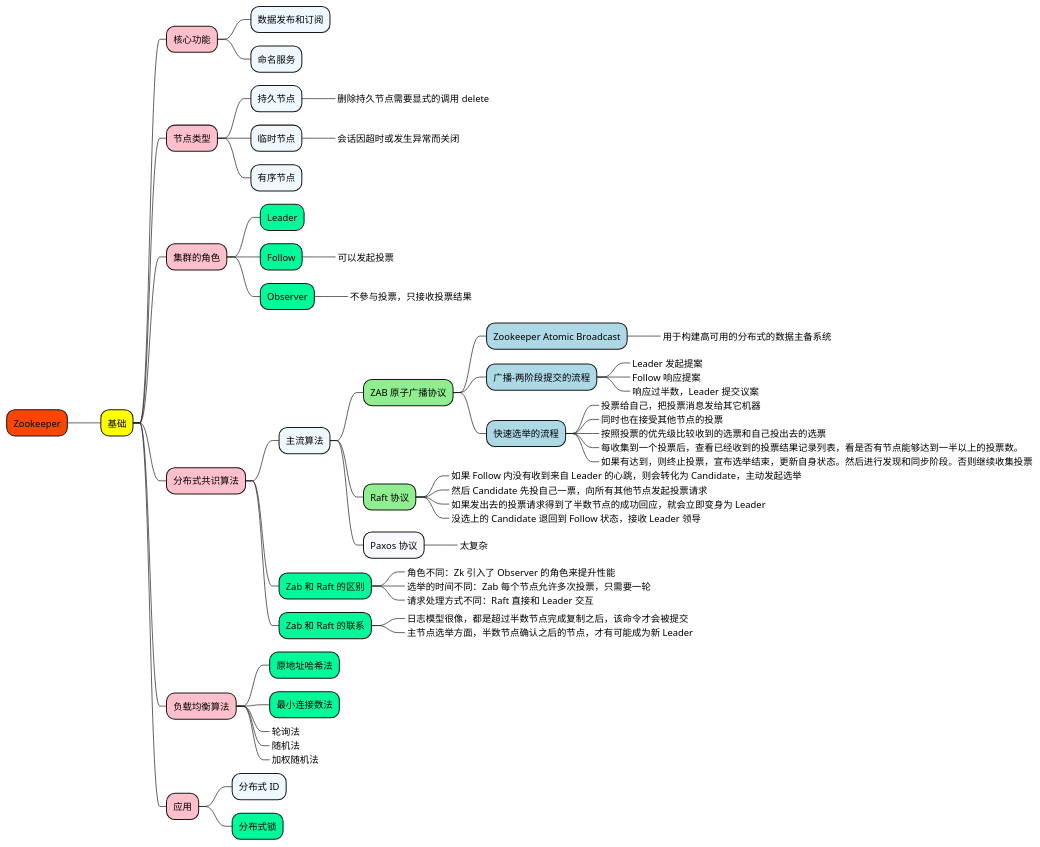
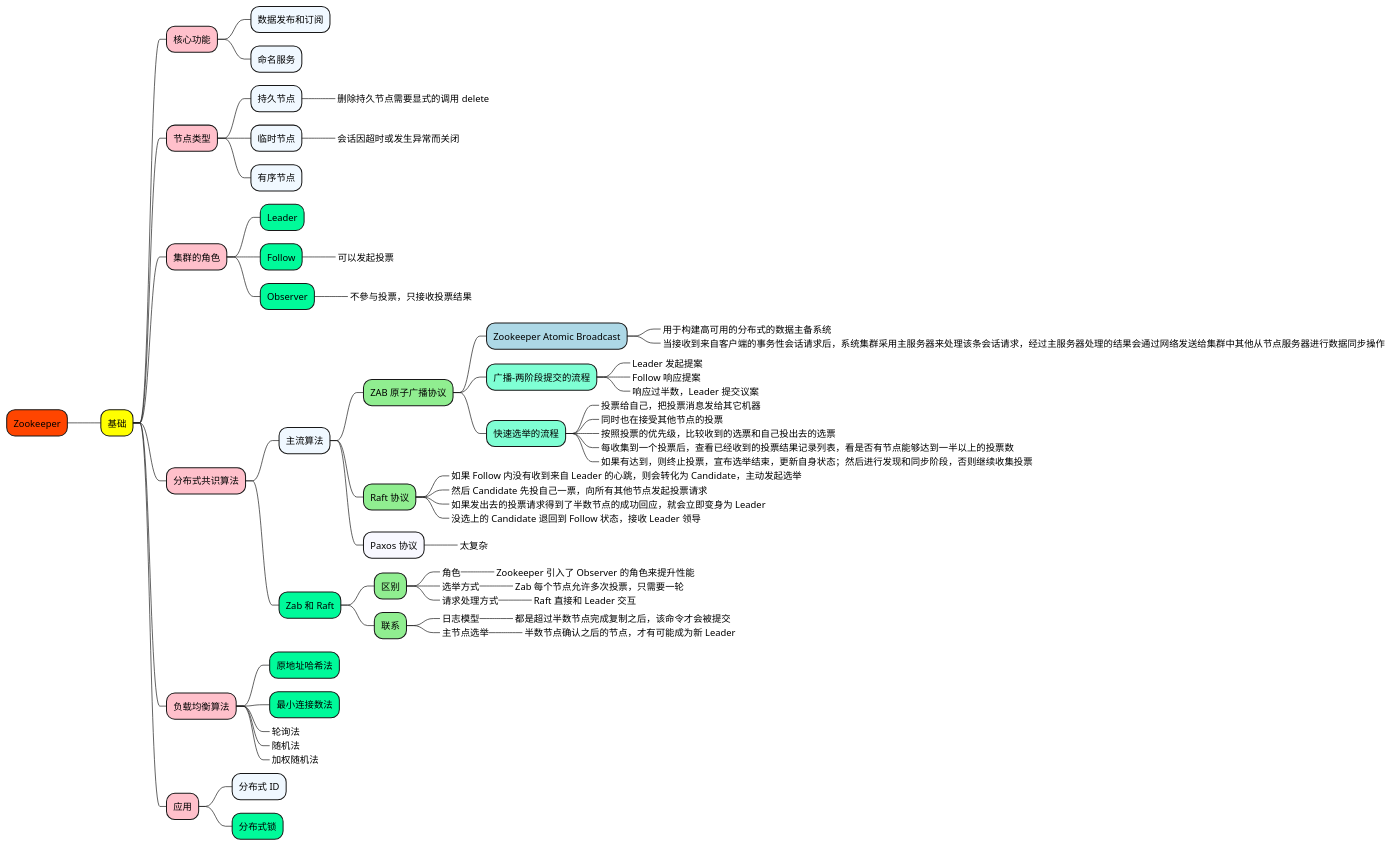
One commit to doveg/self-cultivation-of-a-software-engineer changed the diagram in 1_map/middleware/Zookeeper.puml. Above: the diagram before and after it, drawn with PlantUML. The commit also changed 16 other files, not shown here.

```diff
--- a/1_map/middleware/Zookeeper.puml
+++ b/1_map/middleware/Zookeeper.puml
@@ -1,77 +1,93 @@
 @startmindmap
 
 +[#OrangeRed] Zookeeper
 
 ++[#yellow] 基础
 
 +++[#Pink] 核心功能
+
 ++++[#AliceBlue] 数据发布和订阅
 ++++[#AliceBlue] 命名服务
 
+
 +++[#Pink] 节点类型
+
 ++++[#AliceBlue] 持久节点
 +++++[#GhostWhite]_ 删除持久节点需要显式的调用 delete
 ++++[#AliceBlue] 临时节点
 +++++[#GhostWhite]_ 会话因超时或发生异常而关闭
 ++++[#AliceBlue] 有序节点
 
 
 +++[#Pink] 集群的角色
+
 ++++[#MediumSpringGreen] Leader
 ++++[#MediumSpringGreen] Follow
 +++++[#LightGreen]_ 可以发起投票
 ++++[#MediumSpringGreen] Observer
 +++++[#LightGreen]_ 不參与投票，只接收投票结果
+
 
 +++[#Pink] 分布式共识算法
 
 ++++[#AliceBlue] 主流算法
 
 +++++[#LightGreen] ZAB 原子广播协议
 ++++++[#LightBlue] Zookeeper Atomic Broadcast
 +++++++[#Aquamarine]_ 用于构建高可用的分布式的数据主备系统
++++++++[#Aquamarine]_ 当接收到来自客户端的事务性会话请求后，系统集群采用主服务器来处理该条会话请求，经过主服务器处理的结果会通过网络发送给集群中其他从节点服务器进行数据同步操作
 
-++++++[#LightBlue] 广播-两阶段提交的流程
+++++++[#Aquamarine] 广播-两阶段提交的流程
 +++++++[#Aquamarine]_ Leader 发起提案
 +++++++[#Aquamarine]_ Follow 响应提案
 +++++++[#Aquamarine]_ 响应过半数，Leader 提交议案
 
-++++++[#LightBlue] 快速选举的流程
+++++++[#Aquamarine] 快速选举的流程
 +++++++[#Aquamarine]_ 投票给自己，把投票消息发给其它机器
 +++++++[#Aquamarine]_ 同时也在接受其他节点的投票
-+++++++[#Aquamarine]_ 按照投票的优先级比较收到的选票和自己投出去的选票
-+++++++[#Aquamarine]_ 每收集到一个投票后，查看已经收到的投票结果记录列表，看是否有节点能够达到一半以上的投票数。
-+++++++[#Aquamarine]_ 如果有达到，则终止投票，宣布选举结束，更新自身状态。然后进行发现和同步阶段。否则继续收集投票
++++++++[#Aquamarine]_ 按照投票的优先级，比较收到的选票和自己投出去的选票
++++++++[#Aquamarine]_ 每收集到一个投票后，查看已经收到的投票结果记录列表，看是否有节点能够达到一半以上的投票数
++++++++[#Aquamarine]_ 如果有达到，则终止投票，宣布选举结束，更新自身状态；然后进行发现和同步阶段，否则继续收集投票
 
 +++++[#LightGreen] Raft 协议
 ++++++[#LightBlue]_ 如果 Follow 内没有收到来自 Leader 的心跳，则会转化为 Candidate，主动发起选举
 ++++++[#LightBlue]_ 然后 Candidate 先投自己一票，向所有其他节点发起投票请求
 ++++++[#LightBlue]_ 如果发出去的投票请求得到了半数节点的成功回应，就会立即变身为 Leader
 ++++++[#LightBlue]_ 没选上的 Candidate 退回到 Follow 状态，接收 Leader 领导
 
 +++++[#GhostWhite] Paxos 协议
 ++++++[#LightBlue]_ 太复杂
 
-++++[#MediumSpringGreen] Zab 和 Raft 的区别
-+++++[#LightGreen]_ 角色不同：Zk 引入了 Observer 的角色来提升性能
-+++++[#LightGreen]_ 选举的时间不同：Zab 每个节点允许多次投票，只需要一轮
-+++++[#LightGreen]_ 请求处理方式不同：Raft 直接和 Leader 交互
+++++[#MediumSpringGreen] Zab 和 Raft
 
-++++[#MediumSpringGreen] Zab 和 Raft 的联系
-+++++[#LightGreen]_ 日志模型很像，都是超过半数节点完成复制之后，该命令才会被提交
-+++++[#LightGreen]_ 主节点选举方面，半数节点确认之后的节点，才有可能成为新 Leader
++++++[#LightGreen] 区别
+++++++[#Aquamarine]_ 角色
++++++++[#Aquamarine]_ Zookeeper 引入了 Observer 的角色来提升性能
+++++++[#Aquamarine]_ 选举方式
++++++++[#Aquamarine]_ Zab 每个节点允许多次投票，只需要一轮
+++++++[#Aquamarine]_ 请求处理方式
++++++++[#Aquamarine]_ Raft 直接和 Leader 交互
+
++++++[#LightGreen] 联系
+++++++[#Aquamarine]_ 日志模型
++++++++[#Aquamarine]_ 都是超过半数节点完成复制之后，该命令才会被提交
+++++++[#Aquamarine]_ 主节点选举
++++++++[#Aquamarine]_ 半数节点确认之后的节点，才有可能成为新 Leader
+
 
 +++[#Pink] 负载均衡算法
 
 ++++[#MediumSpringGreen] 原地址哈希法
 ++++[#MediumSpringGreen] 最小连接数法
 ++++[#AliceBlue]_ 轮询法
 ++++[#AliceBlue]_ 随机法
 ++++[#AliceBlue]_ 加权随机法
 
+
 +++[#Pink] 应用
+
 ++++[#AliceBlue] 分布式 ID
 ++++[#MediumSpringGreen] 分布式锁
 
 
 @endmindmap
```
